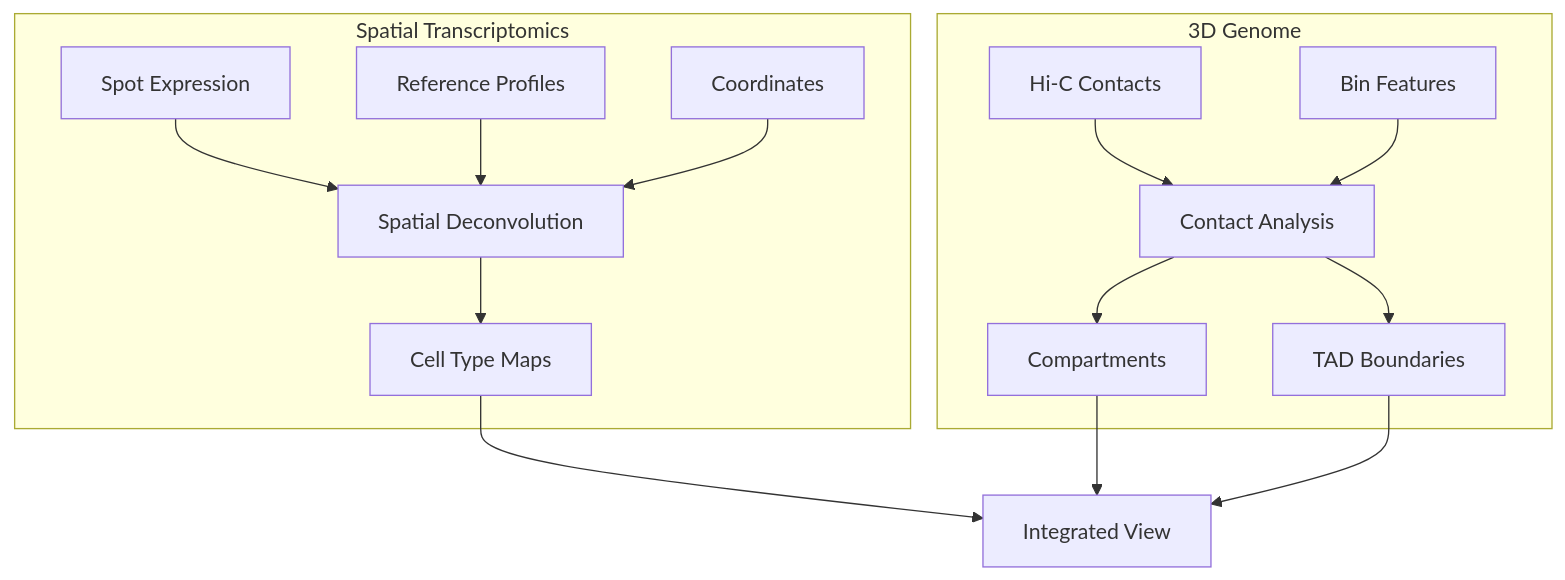
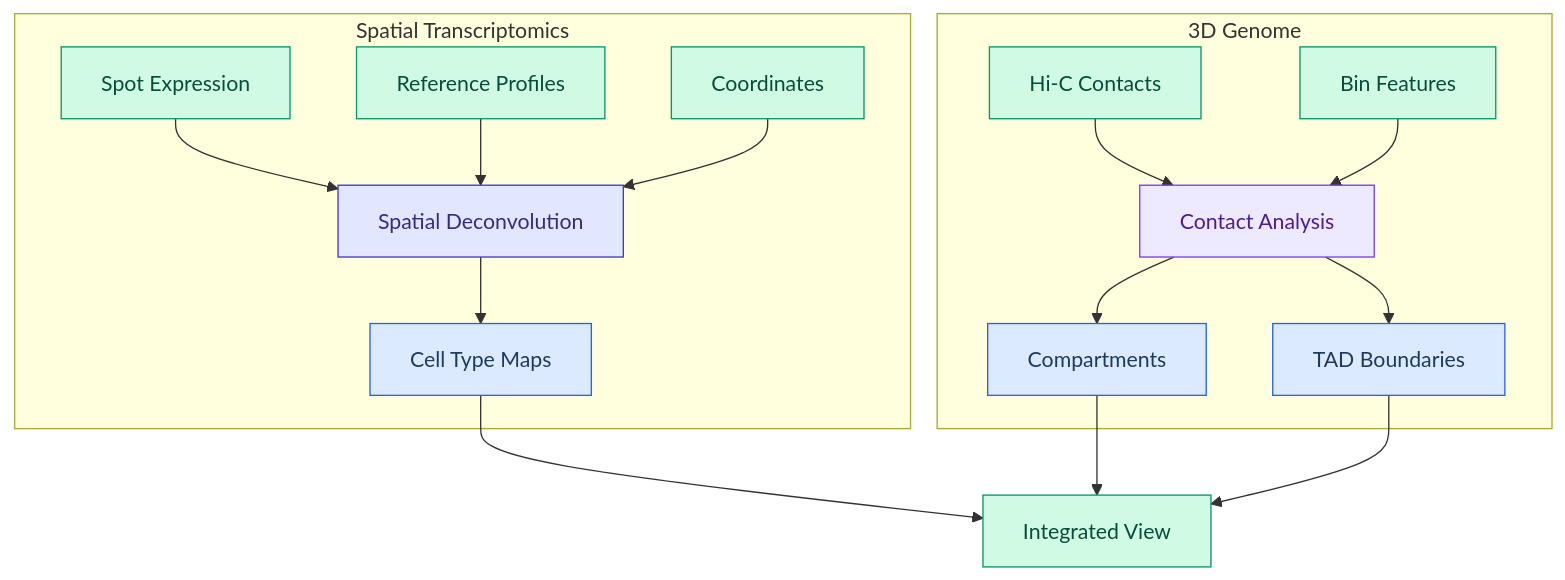
Before and after one commit to avitai/DiffBio: the first of 3 diagrams in docs/examples/advanced/multiomics-integration.md, drawn with Mermaid. The commit also changed other lines of this file and 124 other files, not shown here.

````diff
--- a/docs/examples/advanced/multiomics-integration.md
+++ b/docs/examples/advanced/multiomics-integration.md
@@ -13,20 +13,32 @@
 ```mermaid
 graph TB
     subgraph "Spatial Transcriptomics"
         A[Spot Expression] --> B[Spatial Deconvolution]
         C[Reference Profiles] --> B
         D[Coordinates] --> B
         B --> E[Cell Type Maps]
     end
 
     subgraph "3D Genome"
         F[Hi-C Contacts] --> G[Contact Analysis]
         H[Bin Features] --> G
         G --> I[Compartments]
         G --> J[TAD Boundaries]
     end
 
     E --> K[Integrated View]
     I --> K
     J --> K
+
+    style A fill:#d1fae5,stroke:#059669,color:#064e3b
+    style B fill:#e0e7ff,stroke:#4338ca,color:#312e81
+    style C fill:#d1fae5,stroke:#059669,color:#064e3b
+    style D fill:#d1fae5,stroke:#059669,color:#064e3b
+    style E fill:#dbeafe,stroke:#2563eb,color:#1e3a5f
+    style F fill:#d1fae5,stroke:#059669,color:#064e3b
+    style G fill:#ede9fe,stroke:#7c3aed,color:#4c1d95
+    style H fill:#d1fae5,stroke:#059669,color:#064e3b
+    style I fill:#dbeafe,stroke:#2563eb,color:#1e3a5f
+    style J fill:#dbeafe,stroke:#2563eb,color:#1e3a5f
+    style K fill:#d1fae5,stroke:#059669,color:#064e3b
 ```
````
